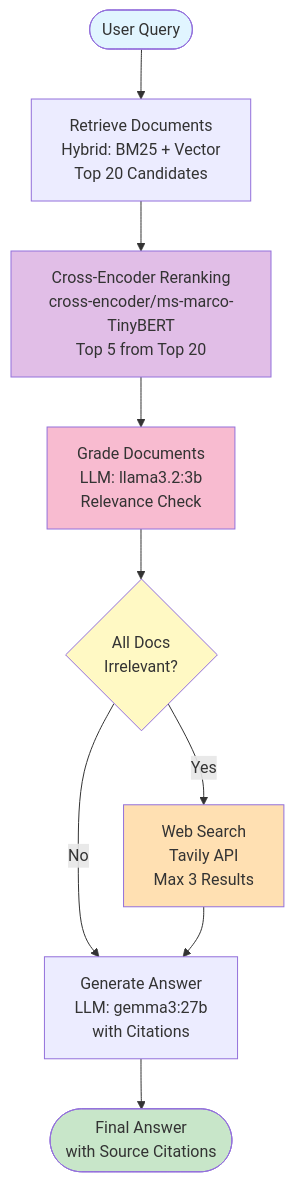
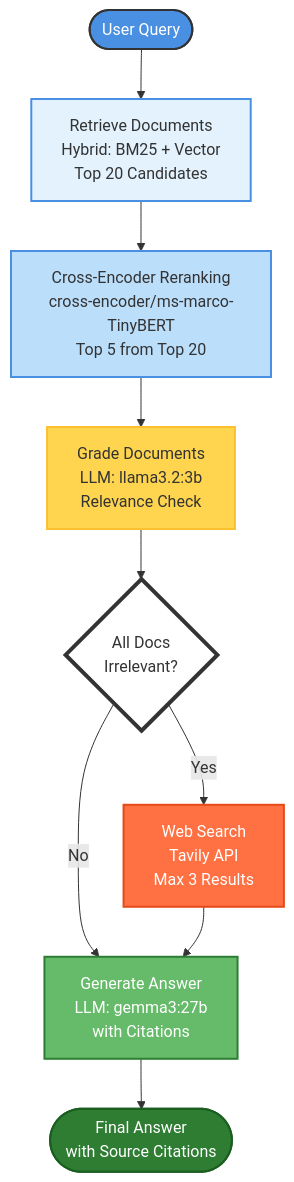
Before and after one commit to baloglu321/CRAG: the first of 2 diagrams in readme.md, drawn with Mermaid. The commit also changed other lines of this file and 2 other files, not shown here.

````diff
--- a/readme.md
+++ b/readme.md
@@ -21,21 +24,23 @@
 ```mermaid
 graph TB
     Start([User Query]) --> Retrieve[Retrieve Documents<br/>Hybrid: BM25 + Vector<br/>Top 20 Candidates]
     Retrieve --> Rerank[Cross-Encoder Reranking<br/>cross-encoder/ms-marco-TinyBERT<br/>Top 5 from Top 20]
     Rerank --> Grade[Grade Documents<br/>LLM: llama3.2:3b<br/>Relevance Check]
     
     Grade --> Decision{All Docs<br/>Irrelevant?}
     
     Decision -->|Yes| WebSearch[Web Search<br/>Tavily API<br/>Max 3 Results]
     Decision -->|No| Generate[Generate Answer<br/>LLM: gemma3:27b<br/>with Citations]
     
     WebSearch --> Generate
     Generate --> End([Final Answer<br/>with Source Citations])
     
-    style Start fill:#e1f5ff
-    style End fill:#c8e6c9
-    style Decision fill:#fff9c4
-    style WebSearch fill:#ffe0b2
-    style Grade fill:#f8bbd0
-    style Rerank fill:#e1bee7
+    style Start fill:#4A90E2,stroke:#333,stroke-width:2px,color:#fff
+    style Retrieve fill:#E3F2FD,stroke:#4A90E2,stroke-width:2px,color:#333
+    style Rerank fill:#BBDEFB,stroke:#4A90E2,stroke-width:2px,color:#333
+    style Grade fill:#FFD54F,stroke:#FBC02D,stroke-width:2px,color:#333
+    style Decision fill:#FFFFFF,stroke:#333,stroke-width:4px,color:#333
+    style WebSearch fill:#FF7043,stroke:#E64A19,stroke-width:2px,color:#fff
+    style Generate fill:#66BB6A,stroke:#2E7D32,stroke-width:2px,color:#fff
+    style End fill:#2E7D32,stroke:#1B5E20,stroke-width:2px,color:#fff
 ```
````
